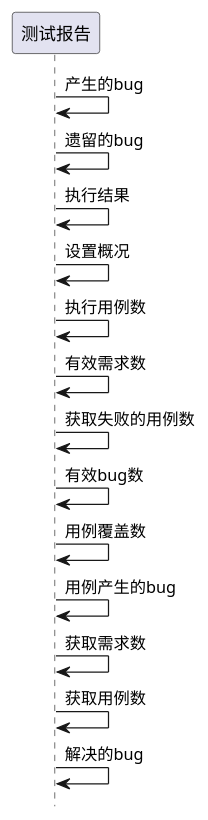
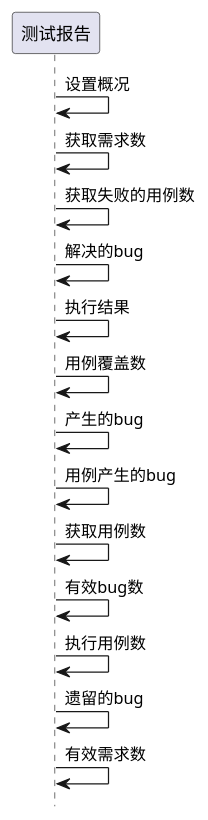
One commit to zj335841911/nt_chandao changed the third of 9 diagrams in ibizpms-docs/src/main/doc/v1/module/zentao/TestReport_old.md. Above: the diagram before and after it, drawn with PlantUML. The commit also changed other lines of this file and 2125 other files, not shown here.

```diff
--- a/ibizpms-docs/src/main/doc/v1/module/zentao/TestReport_old.md
+++ b/ibizpms-docs/src/main/doc/v1/module/zentao/TestReport_old.md
@@ -146,17 +146,17 @@
 {% plantuml %}
 hide footbox
 
+测试报告 -> 测试报告: 设置概况
+测试报告 -> 测试报告: 获取需求数
+测试报告 -> 测试报告: 获取失败的用例数
+测试报告 -> 测试报告: 解决的bug
+测试报告 -> 测试报告: 执行结果
+测试报告 -> 测试报告: 用例覆盖数
 测试报告 -> 测试报告: 产生的bug
+测试报告 -> 测试报告: 用例产生的bug
+测试报告 -> 测试报告: 获取用例数
+测试报告 -> 测试报告: 有效bug数
+测试报告 -> 测试报告: 执行用例数
 测试报告 -> 测试报告: 遗留的bug
-测试报告 -> 测试报告: 执行结果
-测试报告 -> 测试报告: 设置概况
-测试报告 -> 测试报告: 执行用例数
 测试报告 -> 测试报告: 有效需求数
-测试报告 -> 测试报告: 获取失败的用例数
-测试报告 -> 测试报告: 有效bug数
-测试报告 -> 测试报告: 用例覆盖数
-测试报告 -> 测试报告: 用例产生的bug
-测试报告 -> 测试报告: 获取需求数
-测试报告 -> 测试报告: 获取用例数
-测试报告 -> 测试报告: 解决的bug
 {% endplantuml %}
```
